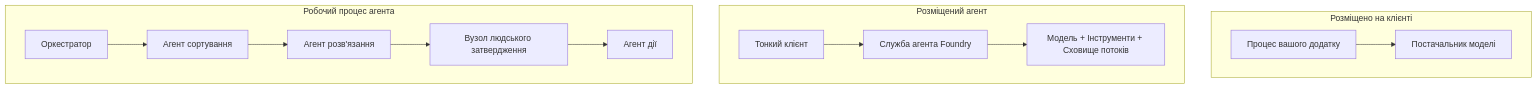
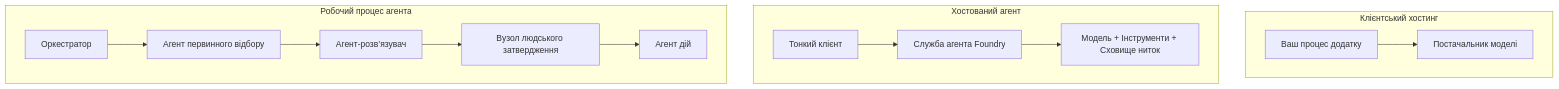
One commit to gabrielmoreira/agent-skills-mirror changed the first of 4 diagrams in mirrors/repos/microsoft@ai-agents-for-beginners/translations/uk/16-deploying-scalable-agents/README.md. Above: the diagram before and after it, drawn with Mermaid. The commit also changed other lines of this file and 4262 other files, not shown here.

````diff
--- a/mirrors/repos/microsoft@ai-agents-for-beginners/translations/uk/16-deploying-scalable-agents/README.md
+++ b/mirrors/repos/microsoft@ai-agents-for-beginners/translations/uk/16-deploying-scalable-agents/README.md
@@ -87,16 +87,16 @@
 ```mermaid
 flowchart TB
-    subgraph P1[Розміщено на клієнті]
-        A1[Процес вашого додатку] --> M1[Постачальник моделі]
+    subgraph P1[Клієнтський хостинг]
+        A1[Ваш процес додатку] --> M1[Постачальник моделі]
     end
-    subgraph P2[Розміщений агент]
+    subgraph P2[Хостований агент]
         A2[Тонкий клієнт] --> F2[Служба агента Foundry]
-        F2 --> M2[Модель + Інструменти + Сховище потоків]
+        F2 --> M2[Модель + Інструменти + Сховище ниток]
     end
     subgraph P3[Робочий процес агента]
-        A3[Оркестратор] --> S1[Агент сортування]
-        S1 --> S2[Агент розв'язання]
+        A3[Оркестратор] --> S1[Агент первинного відбору]
+        S1 --> S2[Агент-розв’язувач]
         S2 --> H[Вузол людського затвердження]
-        H --> S3[Агент дії]
+        H --> S3[Агент дій]
     end
 ```
````
